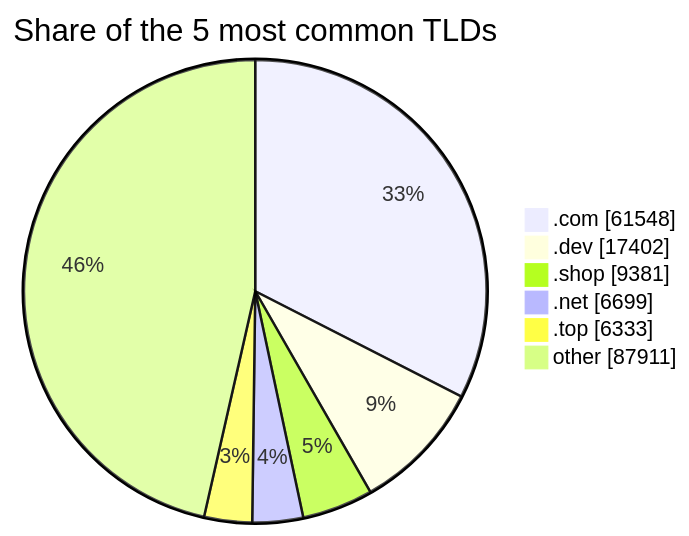
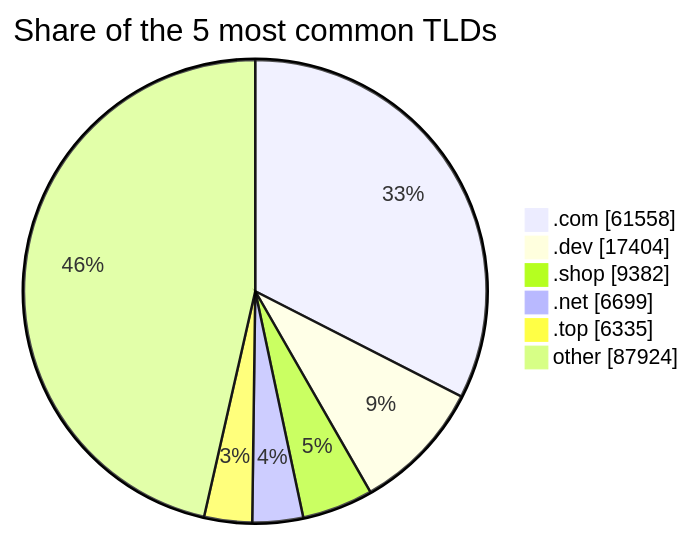
One commit to DNSBunker/CTI changed the third of 3 diagrams in README.md. Above: the diagram before and after it, drawn with Mermaid. The commit also changed other lines of this file and 3 other files, not shown here.

````diff
--- a/README.md
+++ b/README.md
@@ -81,9 +81,9 @@
 ```mermaid
 pie showData title Share of the 5 most common TLDs
-    ".com" : 61548
-    ".dev" : 17402
-    ".shop" : 9381
+    ".com" : 61558
+    ".dev" : 17404
+    ".shop" : 9382
     ".net" : 6699
-    ".top" : 6333
-    "other" : 87911
+    ".top" : 6335
+    "other" : 87924
 ```
````
